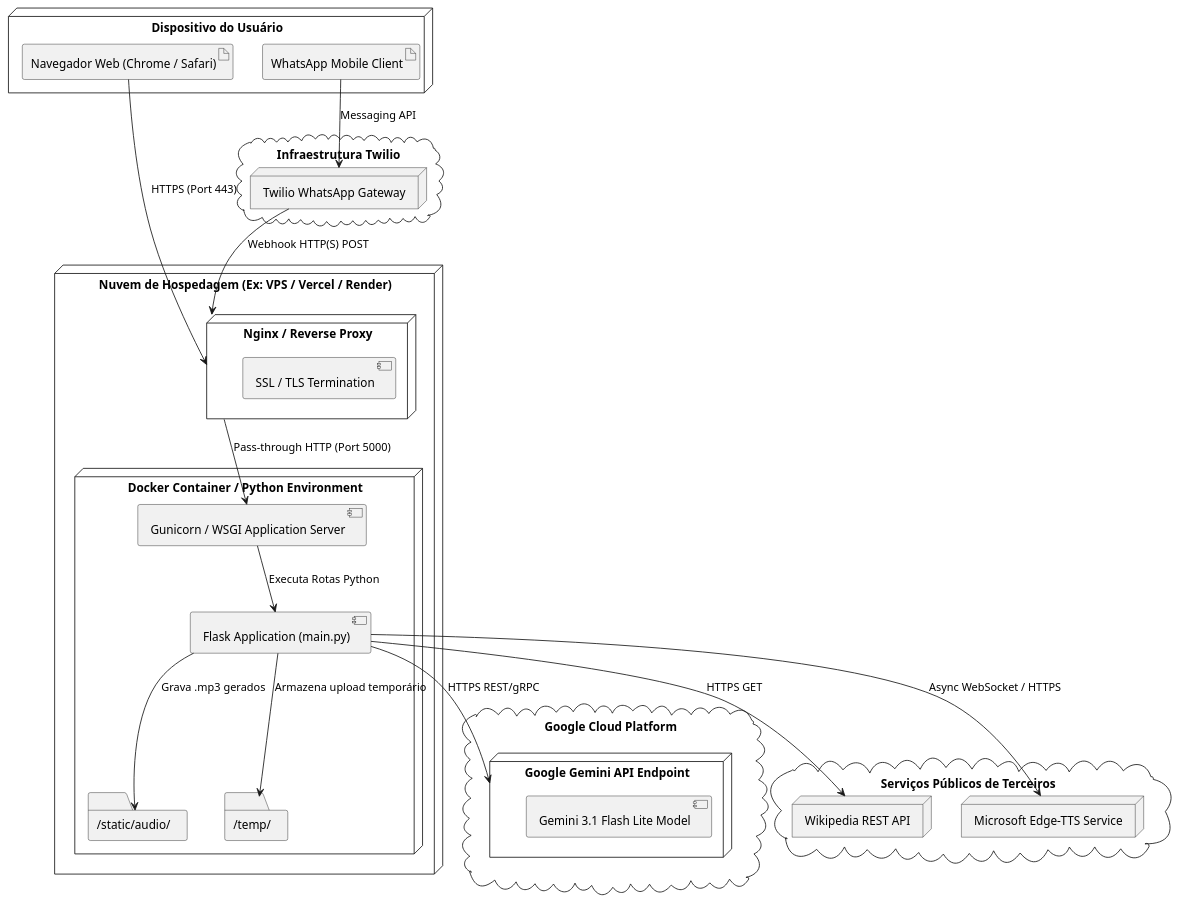
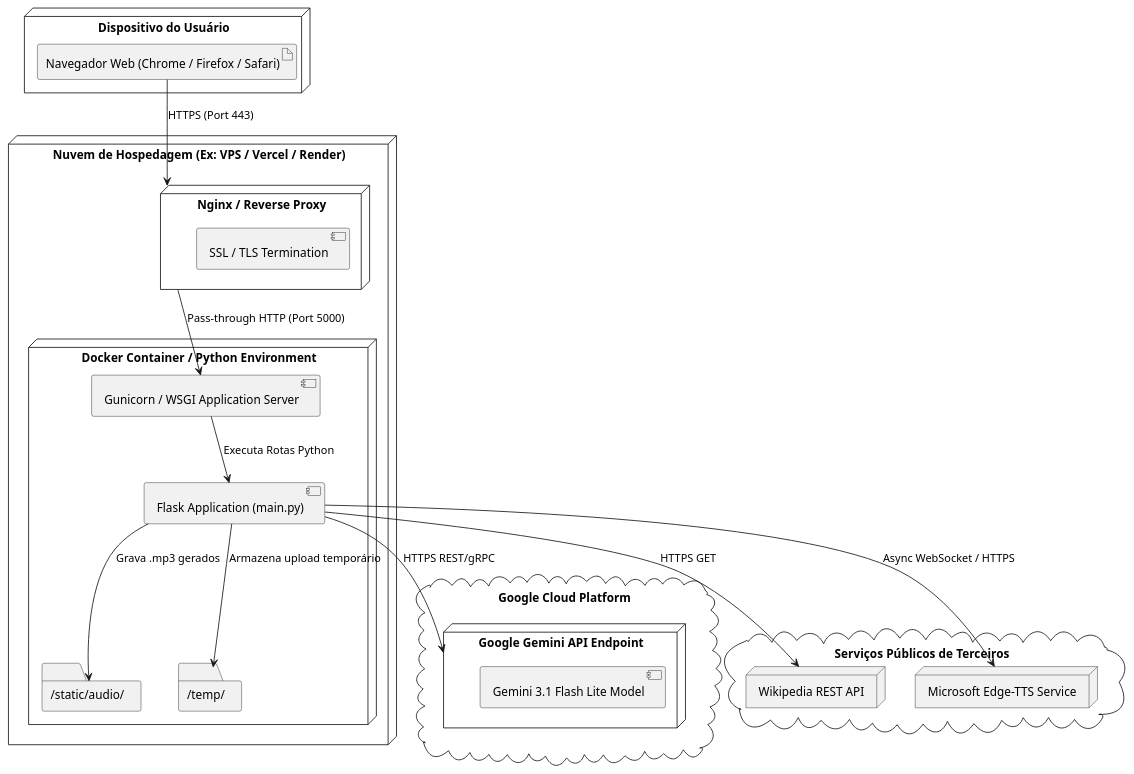
One commit to MATHEUS111JUNDIAI/bot-ingles changed the diagram in docs/diagrams/deployment_diagram.puml. Above: the diagram before and after it, drawn with PlantUML. The commit also changed 11 other files, not shown here.

Commit message:
refactor: remove legacy whatsapp twilio code and update diagrams to 100% web architecture

```diff
--- a/docs/diagrams/deployment_diagram.puml
+++ b/docs/diagrams/deployment_diagram.puml
@@ -1,50 +1,43 @@
 @startuml Deployment_Diagram_Teacher_Sarah
 
 node "Dispositivo do Usuário" as UserDevice {
-    artifact "Navegador Web (Chrome / Safari)" as Browser
-    artifact "WhatsApp Mobile Client" as WhatsAppApp
+    artifact "Navegador Web (Chrome / Firefox / Safari)" as Browser
 }
 
 node "Nuvem de Hospedagem (Ex: VPS / Vercel / Render)" as HostServer {
     node "Nginx / Reverse Proxy" as Proxy {
         component "SSL / TLS Termination"
     }
 
     node "Docker Container / Python Environment" as DockerApp {
         component "Gunicorn / WSGI Application Server" as WSGI
         component "Flask Application (main.py)" as FlaskApp
         folder "/static/audio/" as AudioStore
         folder "/temp/" as TempStore
     }
 }
 
 cloud "Google Cloud Platform" {
     node "Google Gemini API Endpoint" as GeminiCloud {
         component "Gemini 3.1 Flash Lite Model"
     }
 }
 
-cloud "Infraestrutura Twilio" {
-    node "Twilio WhatsApp Gateway" as TwilioGateway
-}
-
 cloud "Serviços Públicos de Terceiros" {
     node "Wikipedia REST API" as WikiCloud
     node "Microsoft Edge-TTS Service" as EdgeTTSCloud
 }
 
 Browser --> Proxy : HTTPS (Port 443)
-WhatsAppApp --> TwilioGateway : Messaging API
-TwilioGateway --> Proxy : Webhook HTTP(S) POST
 
 Proxy --> WSGI : Pass-through HTTP (Port 5000)
 WSGI --> FlaskApp : Executa Rotas Python
 
 FlaskApp --> AudioStore : Grava .mp3 gerados
 FlaskApp --> TempStore : Armazena upload temporário
 
 FlaskApp --> GeminiCloud : HTTPS REST/gRPC
 FlaskApp --> WikiCloud : HTTPS GET
 FlaskApp --> EdgeTTSCloud : Async WebSocket / HTTPS
 
 @enduml
```
